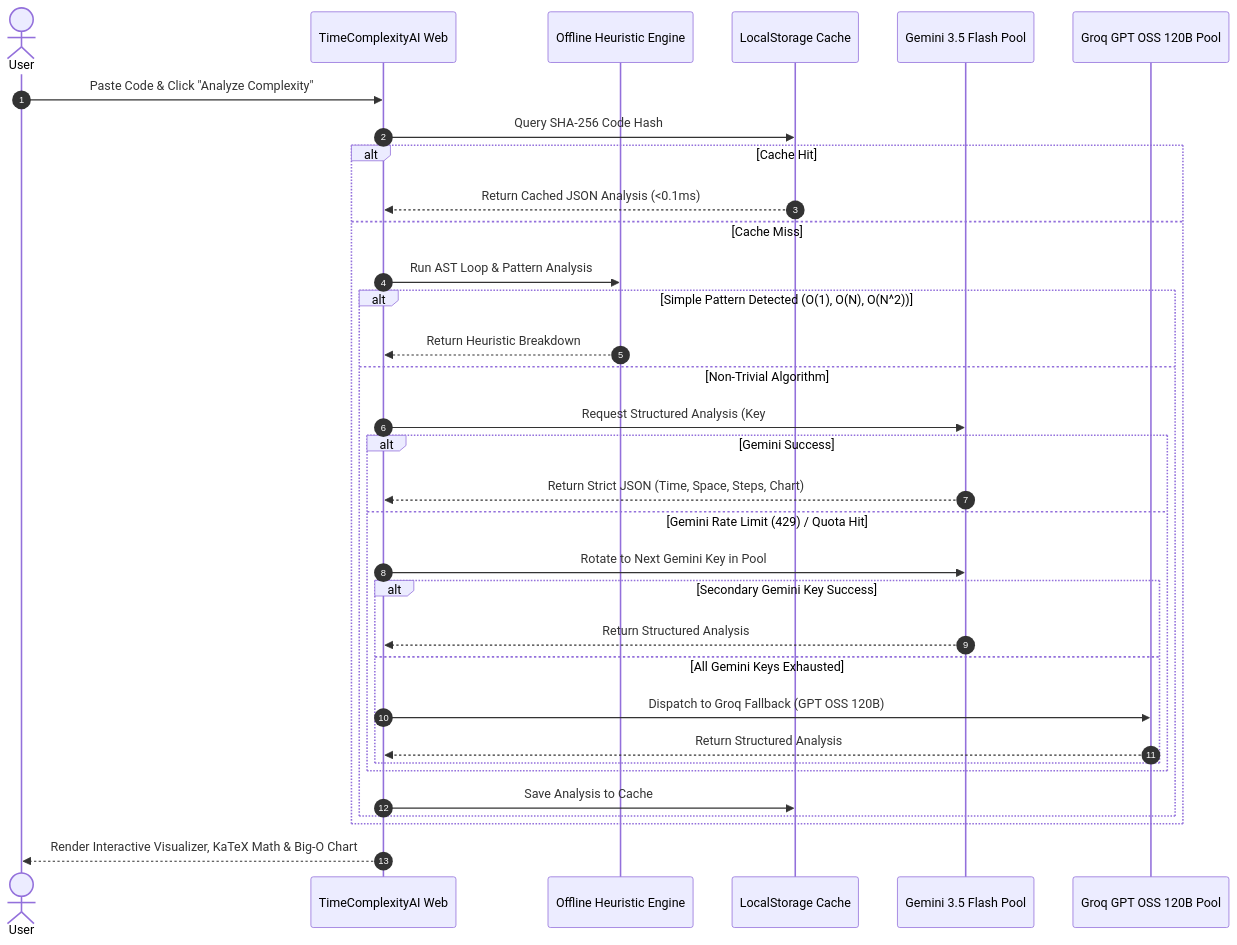
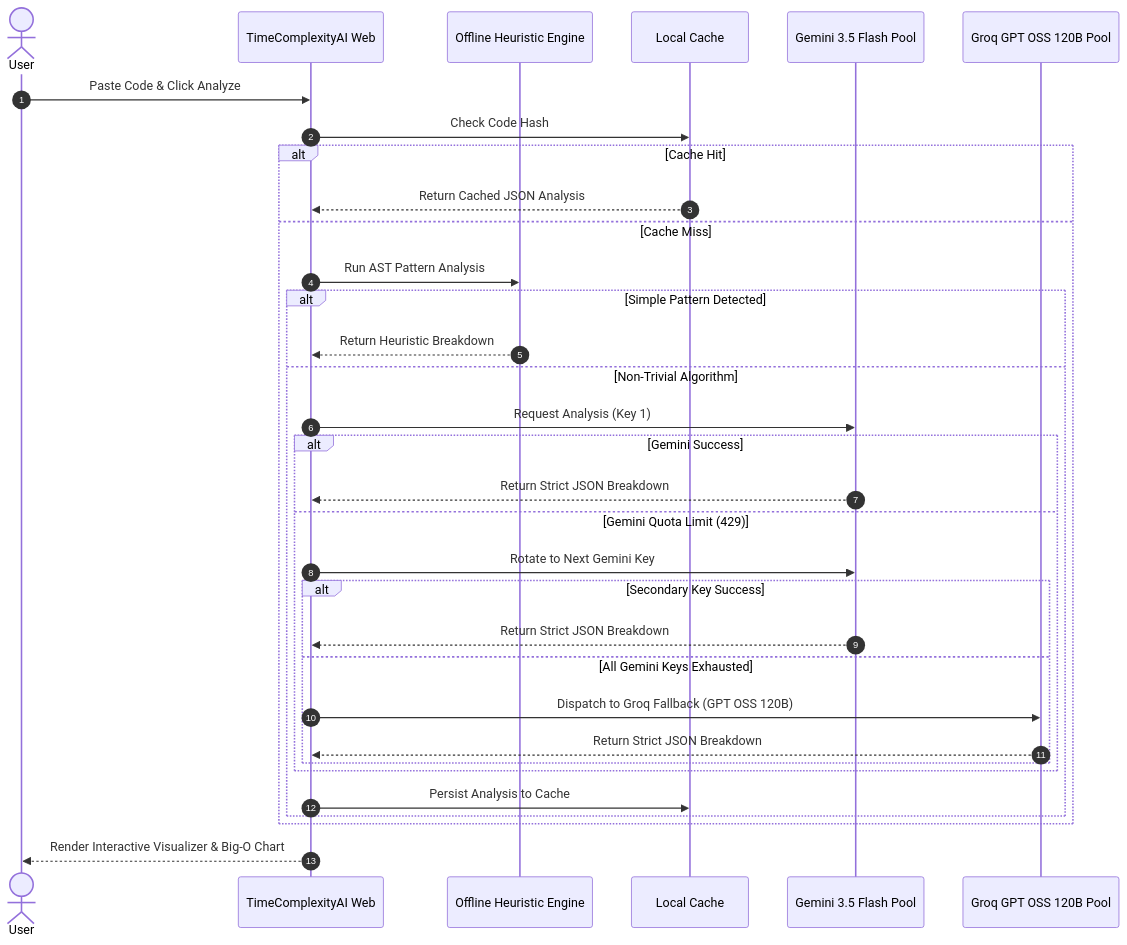
Before and after one commit to garg-sushant/TimeComplexityAI: the second of 2 diagrams in README.md, drawn with Mermaid. The commit also changed other lines of this file, not shown here.

Commit message:
docs: fix Mermaid diagram syntax for GitHub rendering

````diff
--- a/README.md
+++ b/README.md
@@ -59,36 +59,36 @@
 ```mermaid
 sequenceDiagram
     autonumber
-    actor User
+    actor User as User
     participant App as TimeComplexityAI Web
     participant Local as Offline Heuristic Engine
-    participant Cache as LocalStorage Cache
+    participant Cache as Local Cache
     participant Gemini as Gemini 3.5 Flash Pool
     participant Groq as Groq GPT OSS 120B Pool
 
-    User->>App: Paste Code & Click "Analyze Complexity"
-    App->>Cache: Query SHA-256 Code Hash
+    User->>App: Paste Code & Click Analyze
+    App->>Cache: Check Code Hash
     alt Cache Hit
-        Cache-->>App: Return Cached JSON Analysis (<0.1ms)
+        Cache-->>App: Return Cached JSON Analysis
     else Cache Miss
-        App->>Local: Run AST Loop & Pattern Analysis
-        alt Simple Pattern Detected (O(1), O(N), O(N^2))
+        App->>Local: Run AST Pattern Analysis
+        alt Simple Pattern Detected
             Local-->>App: Return Heuristic Breakdown
         else Non-Trivial Algorithm
-            App->>Gemini: Request Structured Analysis (Key #1)
+            App->>Gemini: Request Analysis (Key 1)
             alt Gemini Success
-                Gemini-->>App: Return Strict JSON (Time, Space, Steps, Chart)
-            else Gemini Rate Limit (429) / Quota Hit
-                App->>Gemini: Rotate to Next Gemini Key in Pool
-                alt Secondary Gemini Key Success
-                    Gemini-->>App: Return Structured Analysis
+                Gemini-->>App: Return Strict JSON Breakdown
+            else Gemini Quota Limit (429)
+                App->>Gemini: Rotate to Next Gemini Key
+                alt Secondary Key Success
+                    Gemini-->>App: Return Strict JSON Breakdown
                 else All Gemini Keys Exhausted
                     App->>Groq: Dispatch to Groq Fallback (GPT OSS 120B)
-                    Groq-->>App: Return Structured Analysis
+                    Groq-->>App: Return Strict JSON Breakdown
                 end
             end
-            App->>Cache: Save Analysis to Cache
+            App->>Cache: Persist Analysis to Cache
         end
     end
-    App-->>User: Render Interactive Visualizer, KaTeX Math & Big-O Chart
+    App-->>User: Render Interactive Visualizer & Big-O Chart
 ```
````
